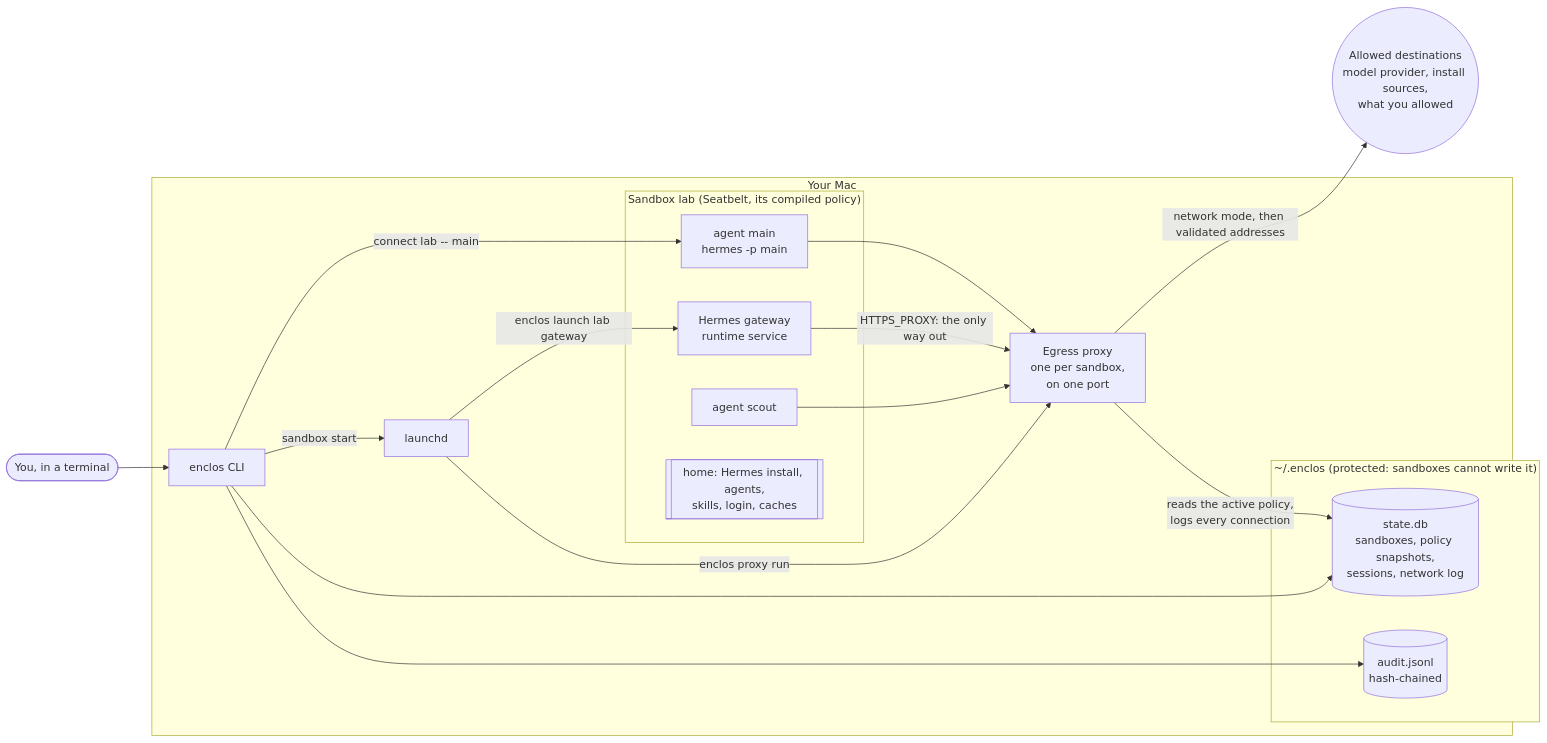
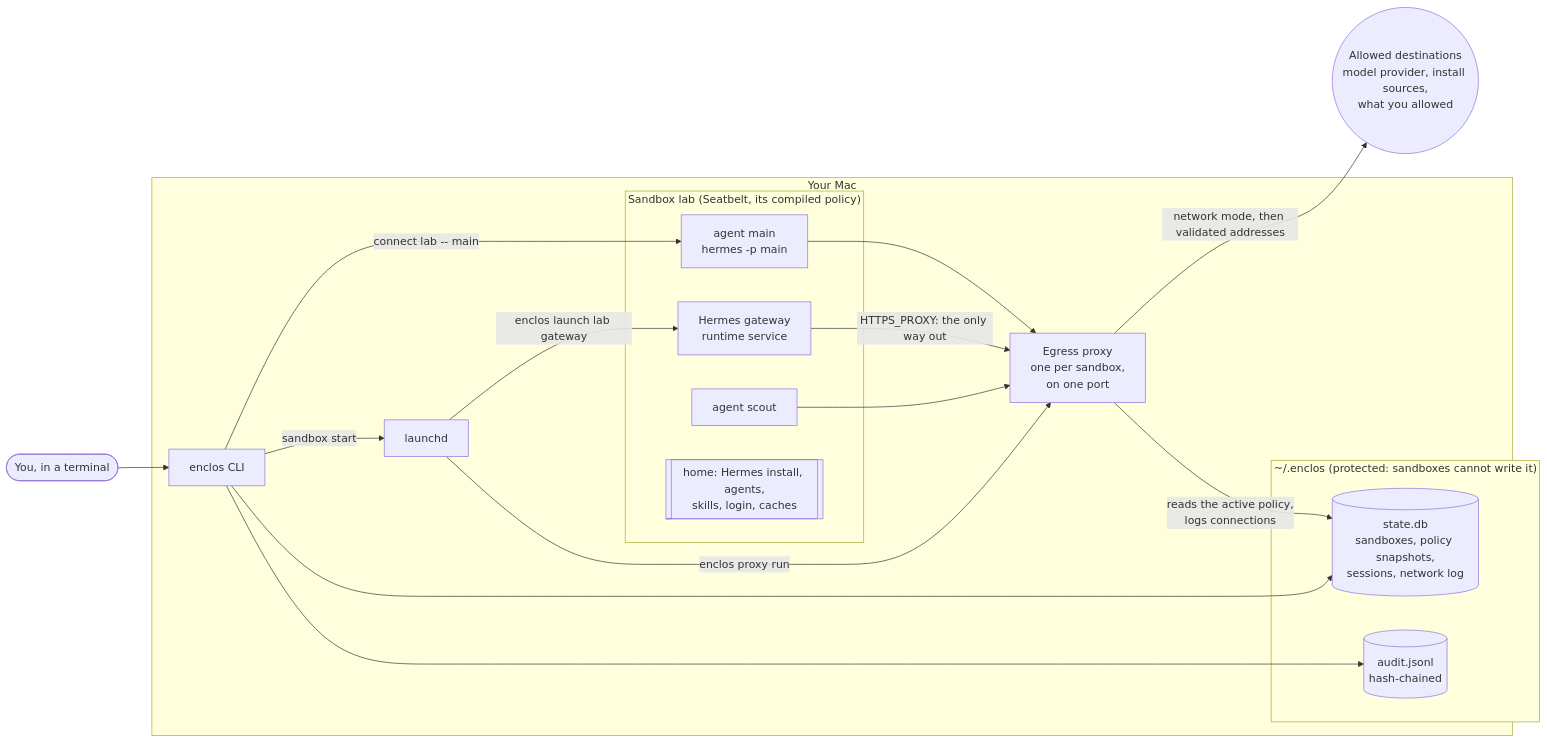
Before and after one commit to victorbonnet/enclos: the first of 3 diagrams in docs/architecture.md, drawn with Mermaid. The commit also changed other lines of this file and 15 other files, not shown here.

````diff
--- a/docs/architecture.md
+++ b/docs/architecture.md
@@ -16,36 +16,36 @@
 ```mermaid
 flowchart LR
   you(["You, in a terminal"])
   net(("Allowed destinations<br/>model provider, install sources,<br/>what you allowed"))
 
   subgraph mac["Your Mac"]
     cli["enclos CLI"]
     launchd["launchd"]
     proxy["Egress proxy<br/>one per sandbox,<br/>on one port"]
 
     subgraph data["~/.enclos (protected: sandboxes cannot write it)"]
       state[("state.db<br/>sandboxes, policy snapshots,<br/>sessions, network log")]
       audit[("audit.jsonl<br/>hash-chained")]
     end
 
     subgraph sb["Sandbox lab (Seatbelt, its compiled policy)"]
       gateway["Hermes gateway<br/>runtime service"]
       main["agent main<br/>hermes -p main"]
       scout["agent scout"]
       home[["home: Hermes install, agents,<br/>skills, login, caches"]]
     end
   end
 
   you --> cli
   cli -->|"connect lab -- main"| main
   cli -->|"sandbox start"| launchd
   launchd -->|"enclos launch lab gateway"| gateway
   launchd -->|"enclos proxy run"| proxy
   cli --> state
   cli --> audit
   gateway -->|"HTTPS_PROXY: the only way out"| proxy
   main --> proxy
   scout --> proxy
   proxy -->|"network mode, then validated addresses"| net
-  proxy -->|"reads the active policy,<br/>logs every connection"| state
+  proxy -->|"reads the active policy,<br/>logs connections"| state
 ```
````
